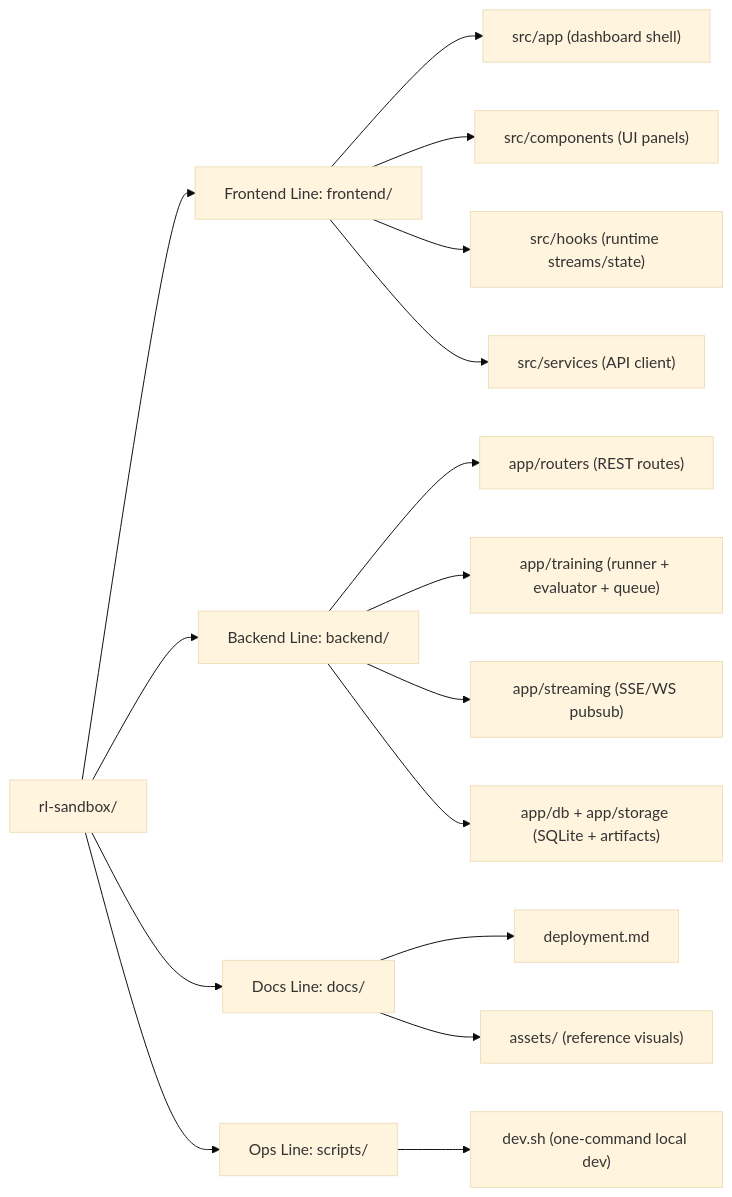
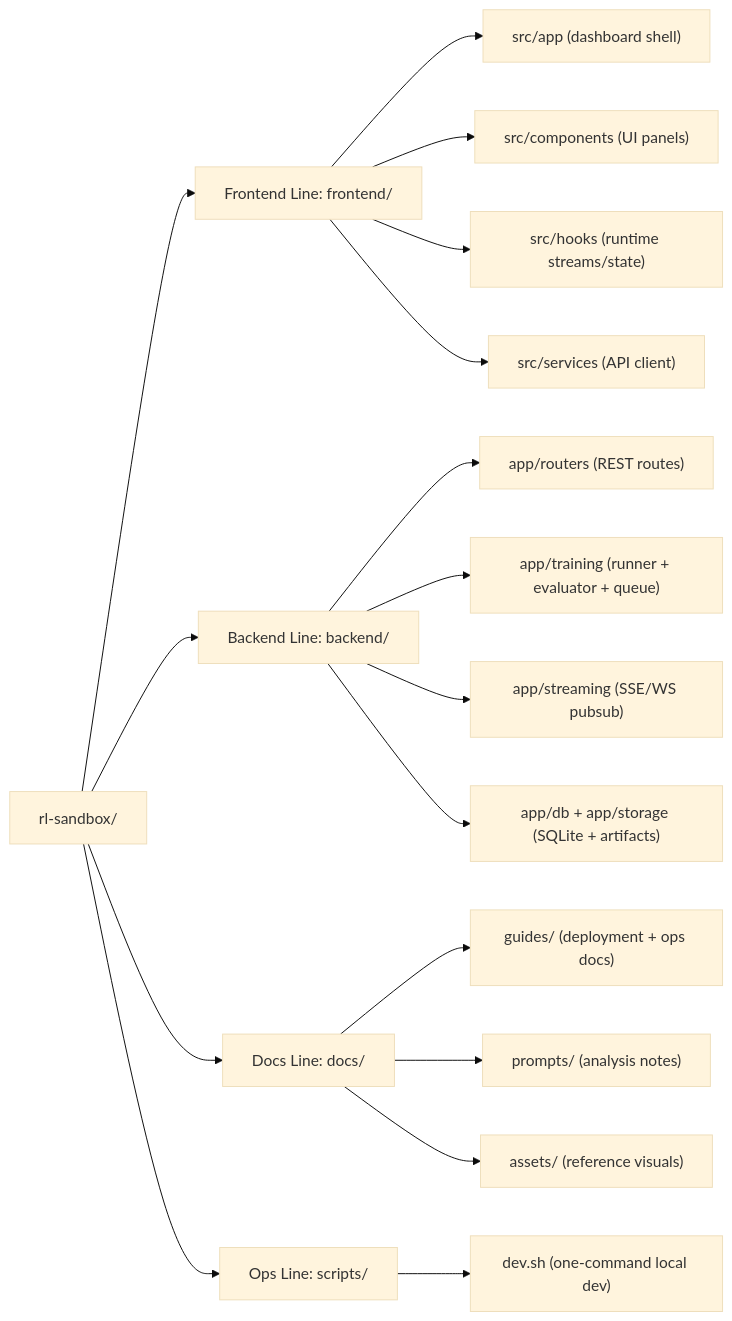
The diagram in README.md (lordSauron1710/rl-sandbox), drawn with Mermaid (base theme) before and after one commit. The commit also changed other lines of this file and 27 other files, not shown here.

````diff
--- a/README.md
+++ b/README.md
@@ -42,24 +42,25 @@
 ```mermaid
 flowchart LR
   root["rl-sandbox/"]
 
   root --> frontend["Frontend Line: frontend/"]
   root --> backend["Backend Line: backend/"]
   root --> docs["Docs Line: docs/"]
   root --> scripts["Ops Line: scripts/"]
 
   frontend --> f1["src/app (dashboard shell)"]
   frontend --> f2["src/components (UI panels)"]
   frontend --> f3["src/hooks (runtime streams/state)"]
   frontend --> f4["src/services (API client)"]
 
   backend --> b1["app/routers (REST routes)"]
   backend --> b2["app/training (runner + evaluator + queue)"]
   backend --> b3["app/streaming (SSE/WS pubsub)"]
   backend --> b4["app/db + app/storage (SQLite + artifacts)"]
 
-  docs --> d1["deployment.md"]
-  docs --> d2["assets/ (reference visuals)"]
+  docs --> d1["guides/ (deployment + ops docs)"]
+  docs --> d2["prompts/ (analysis notes)"]
+  docs --> d3["assets/ (reference visuals)"]
 
   scripts --> s1["dev.sh (one-command local dev)"]
 ```
````
